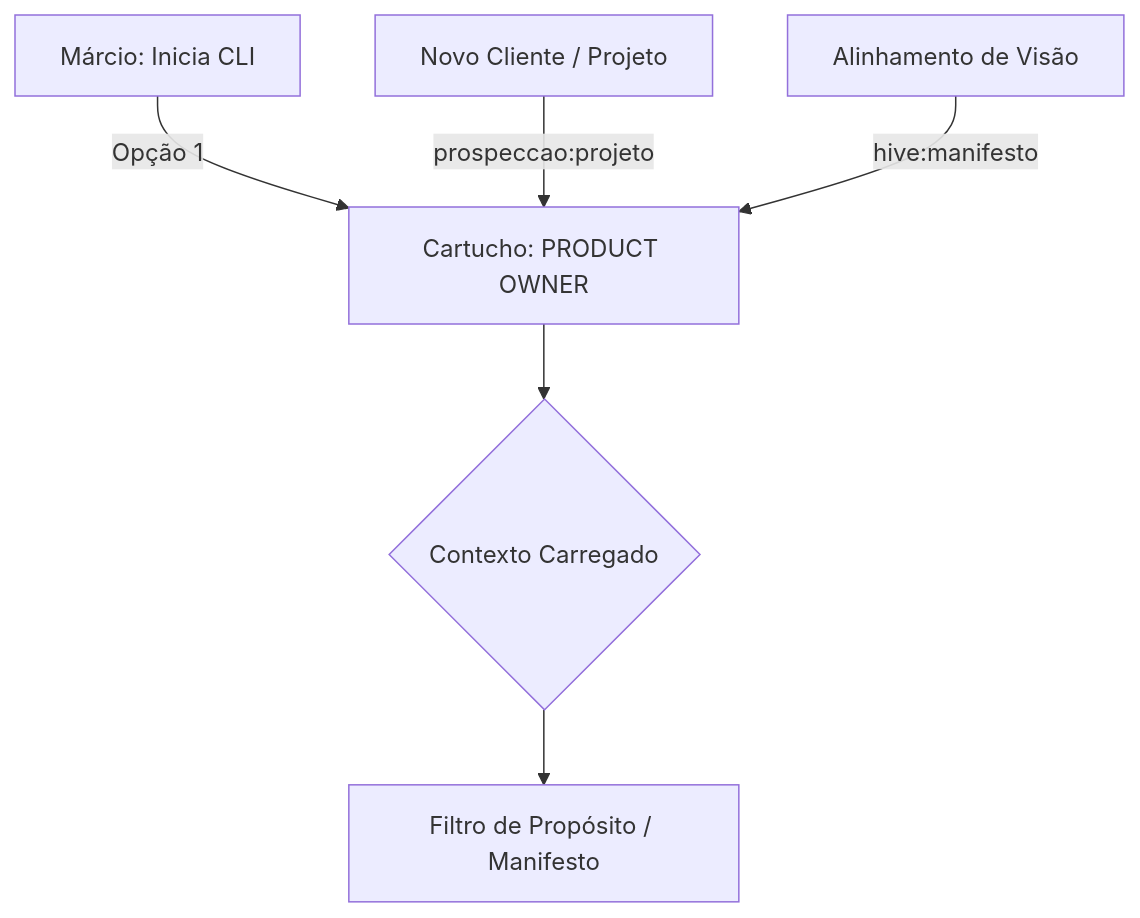
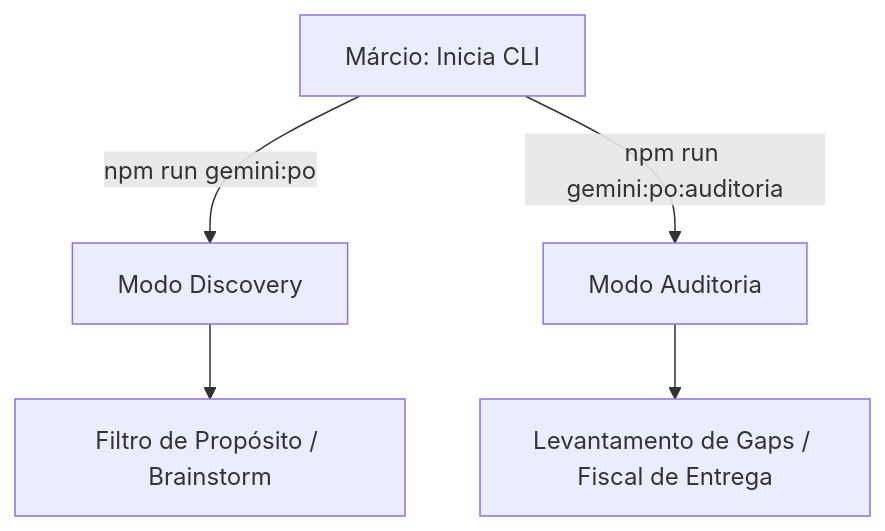
One commit to marcio012/hive changed the diagram in beehive/roles/po.md. Above: the diagram before and after it, drawn with Mermaid. The commit also changed other lines of this file and 19 other files, not shown here.

First line of the commit message:
ops: governança — guardrails Gemini, papéis revisados, PO Auditoria, lock de commit

````diff
--- a/beehive/roles/po.md
+++ b/beehive/roles/po.md
@@ -14,8 +16,7 @@
 ```mermaid
 flowchart TD
-    A["Márcio: Inicia CLI"] -->|"Opção 1"| B[Cartucho: PRODUCT OWNER]
-    D["Novo Cliente / Projeto"] -->|"prospeccao:projeto"| B
-    E["Alinhamento de Visão"] -->|"hive:manifesto"| B
-    B --> F{Contexto Carregado}
-    F --> G["Filtro de Propósito / Manifesto"]
+    A["Márcio: Inicia CLI"] -->|"npm run gemini:po"| B[Modo Discovery]
+    A -->|"npm run gemini:po:auditoria"| C[Modo Auditoria]
+    B --> D["Filtro de Propósito / Brainstorm"]
+    C --> E["Levantamento de Gaps / Fiscal de Entrega"]
 ```
````
